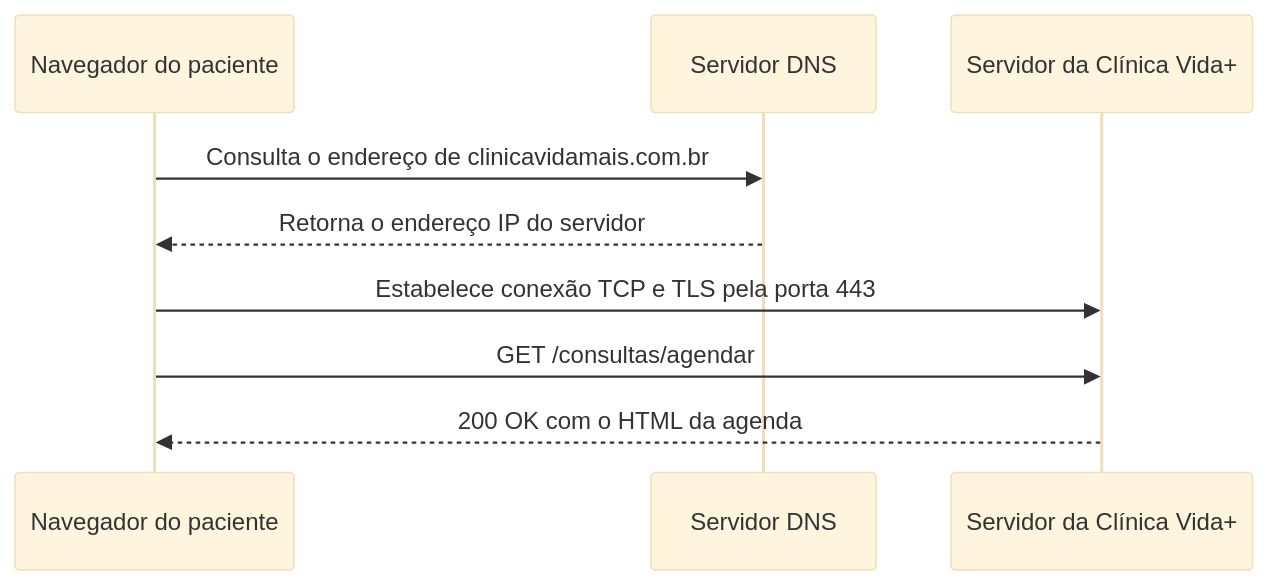
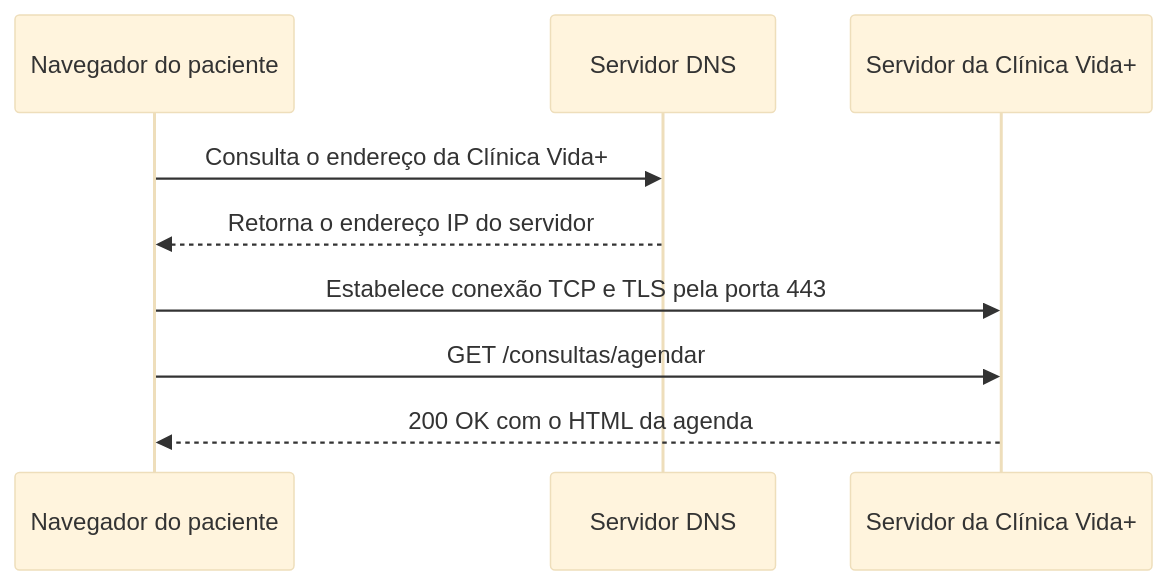
The diagram in docs/arquitetura.md (erickcristian357/uninove-2026-2-clinica-vida), drawn with Mermaid (base theme) before and after one commit. The commit also changed other lines of this file, not shown here.

````diff
--- a/docs/arquitetura.md
+++ b/docs/arquitetura.md
@@ -5,12 +5,12 @@
 ```mermaid
 sequenceDiagram
     participant N as Navegador do paciente
     participant D as Servidor DNS
     participant S as Servidor da Clínica Vida+
 
-    N->>D: Consulta o endereço de clinicavidamais.com.br
+    N->>D: Consulta o endereço da Clínica Vida+
     D-->>N: Retorna o endereço IP do servidor
     N->>S: Estabelece conexão TCP e TLS pela porta 443
     N->>S: GET /consultas/agendar
     S-->>N: 200 OK com o HTML da agenda
 ```
````
